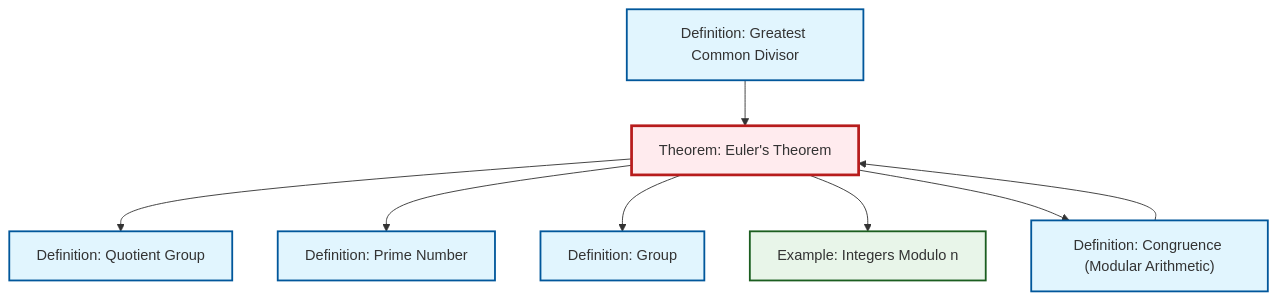
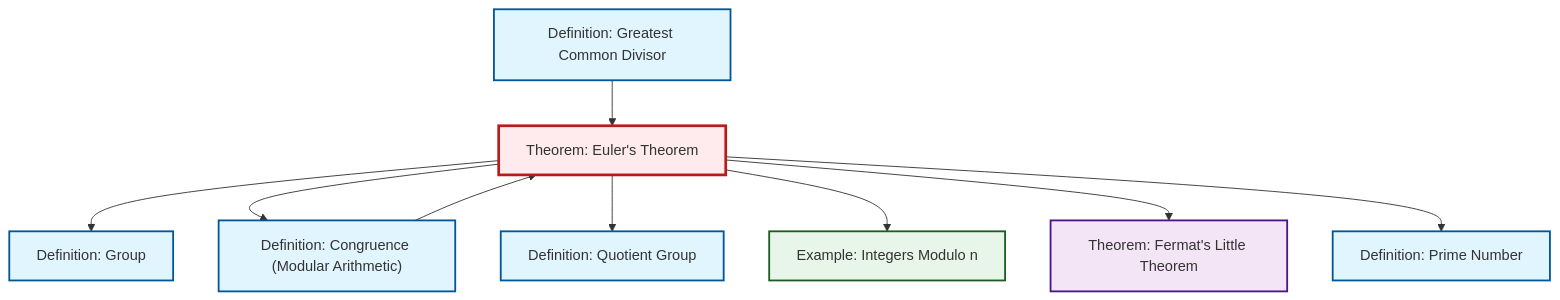
One commit to RK0429/ModernMath changed the diagram in content/ja/number-theory/thm-euler.qmd. Above: the diagram before and after it, drawn with Mermaid. The commit also changed 360 other files, not shown here.

````diff
--- a/content/ja/number-theory/thm-euler.qmd
+++ b/content/ja/number-theory/thm-euler.qmd
@@ -53,30 +53,33 @@
 ```{mermaid}
 %%| fig-cap: "Local dependency graph"
 graph TD
     classDef definition fill:#e1f5fe,stroke:#01579b,stroke-width:2px
     classDef theorem fill:#f3e5f5,stroke:#4a148c,stroke-width:2px
     classDef axiom fill:#fff3e0,stroke:#e65100,stroke-width:2px
     classDef example fill:#e8f5e9,stroke:#1b5e20,stroke-width:2px
     classDef current fill:#ffebee,stroke:#b71c1c,stroke-width:3px
+    def-quotient-group["Definition: Quotient Group"]:::definition
+    thm-fermat-little["Theorem: Fermat's Little Theorem"]:::theorem
+    thm-euler["Theorem: Euler's Theorem"]:::theorem
     ex-quotient-integers-mod-n["Example: Integers Modulo n"]:::example
-    thm-euler["Theorem: Euler's Theorem"]:::theorem
+    def-congruence["Definition: Congruence (Modular Arithmetic)"]:::definition
+    def-prime["Definition: Prime Number"]:::definition
+    def-group["Definition: Group"]:::definition
     def-gcd["Definition: Greatest Common Divisor"]:::definition
-    def-group["Definition: Group"]:::definition
-    def-prime["Definition: Prime Number"]:::definition
-    def-congruence["Definition: Congruence (Modular Arithmetic)"]:::definition
-    def-quotient-group["Definition: Quotient Group"]:::definition
+    thm-euler --> def-group
+    thm-euler --> def-congruence
     thm-euler --> def-quotient-group
+    def-congruence --> thm-euler
+    def-gcd --> thm-euler
+    thm-euler --> ex-quotient-integers-mod-n
+    thm-euler --> thm-fermat-little
     thm-euler --> def-prime
-    thm-euler --> def-group
-    thm-euler --> ex-quotient-integers-mod-n
-    def-congruence --> thm-euler
-    thm-euler --> def-congruence
-    def-gcd --> thm-euler
     class thm-euler current
+    click def-quotient-group "def-quotient-group.html" "Definition: Quotient Groupへ"
+    click thm-fermat-little "thm-fermat-little.html" "Theorem: Fermat's Little Theoremへ"
     click ex-quotient-integers-mod-n "ex-quotient-integers-mod-n.html" "Example: Integers Modulo nへ"
+    click def-congruence "def-congruence.html" "Definition: Congruence (Modular Arithmetic)へ"
+    click def-prime "def-prime.html" "Definition: Prime Numberへ"
+    click def-group "def-group.html" "Definition: Groupへ"
     click def-gcd "def-gcd.html" "Definition: Greatest Common Divisorへ"
-    click def-group "def-group.html" "Definition: Groupへ"
-    click def-prime "def-prime.html" "Definition: Prime Numberへ"
-    click def-congruence "def-congruence.html" "Definition: Congruence (Modular Arithmetic)へ"
-    click def-quotient-group "def-quotient-group.html" "Definition: Quotient Groupへ"
 ```
````
